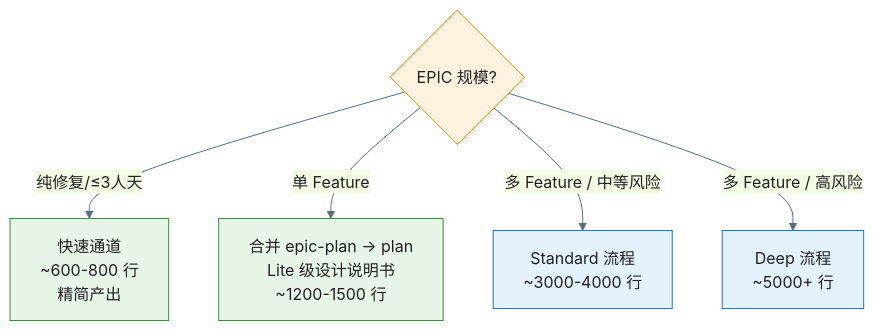
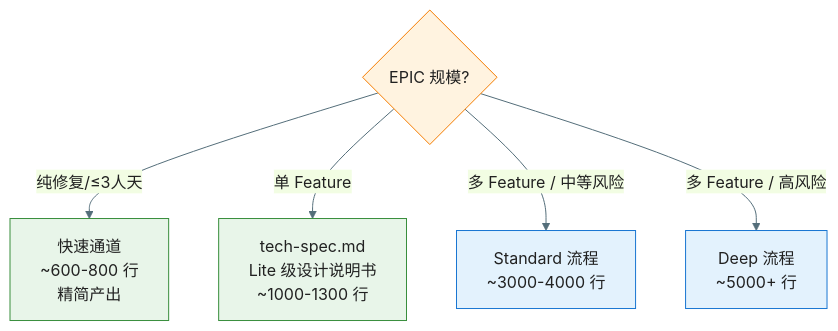
Before and after one commit to jackykarma/Verity: the second of 8 diagrams in docs/aisdd/workflow-overview.md, drawn with Mermaid. The commit also changed other lines of this file and 64 other files, not shown here.

First line of the commit message:
refactor ♻️(AISDD): 合并 epic-plan 与 Feature plan 为 tech-spec.md

````diff
--- a/docs/aisdd/workflow-overview.md
+++ b/docs/aisdd/workflow-overview.md
@@ -127,15 +120,15 @@
 ```mermaid
 %%{init: {'theme': 'base', 'themeVariables': { 'primaryColor': '#E3F2FD', 'primaryTextColor': '#212121', 'primaryBorderColor': '#1976D2', 'lineColor': '#546E7A'}}}%%
 flowchart TD
     Check{EPIC 规模?}
     Check -->|"纯修复/≤3人天"| FastTrack["快速通道<br/>~600-800 行<br/>精简产出"]
-    Check -->|单 Feature| SingleFeat["合并 epic-plan → plan<br/>Lite 级设计说明书<br/>~1200-1500 行"]
+    Check -->|单 Feature| SingleFeat["tech-spec.md<br/>Lite 级设计说明书<br/>~1000-1300 行"]
     Check -->|多 Feature / 中等风险| Standard["Standard 流程<br/>~3000-4000 行"]
     Check -->|多 Feature / 高风险| Deep["Deep 流程<br/>~5000+ 行"]
 
     style Check fill:#FFF3E0,stroke:#F57C00
     style FastTrack fill:#E8F5E9,stroke:#388E3C
     style SingleFeat fill:#E8F5E9,stroke:#388E3C
     style Standard fill:#E3F2FD,stroke:#1976D2
     style Deep fill:#E3F2FD,stroke:#1976D2
 ```
````
